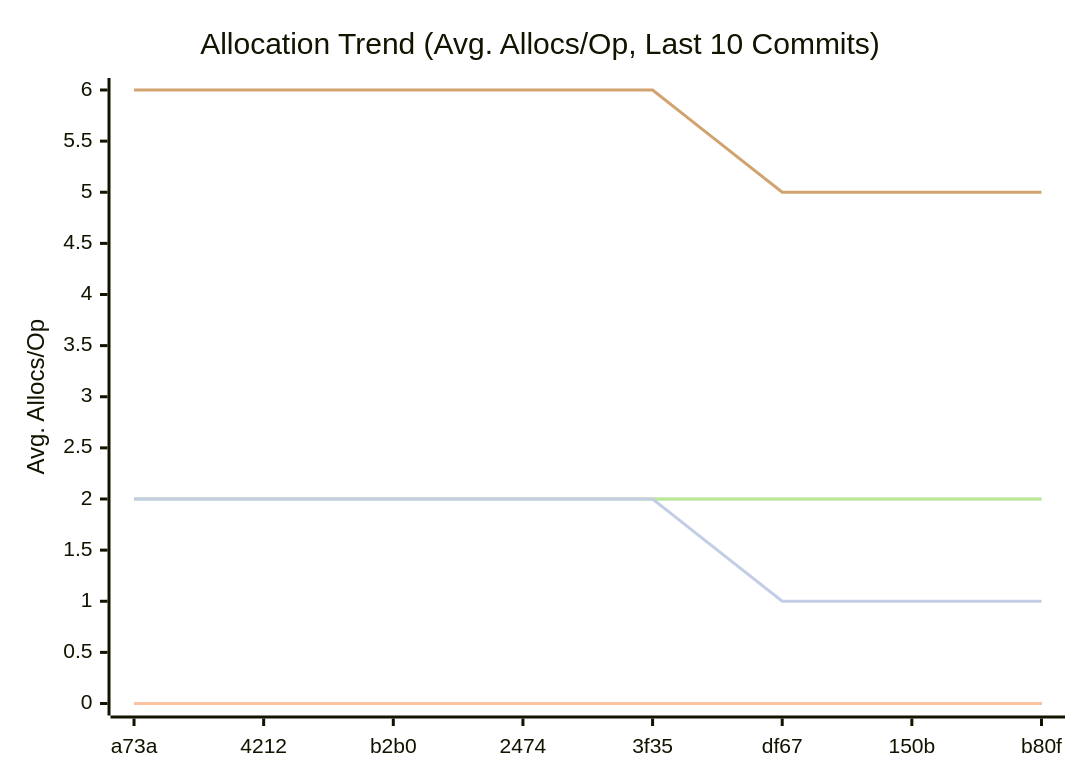
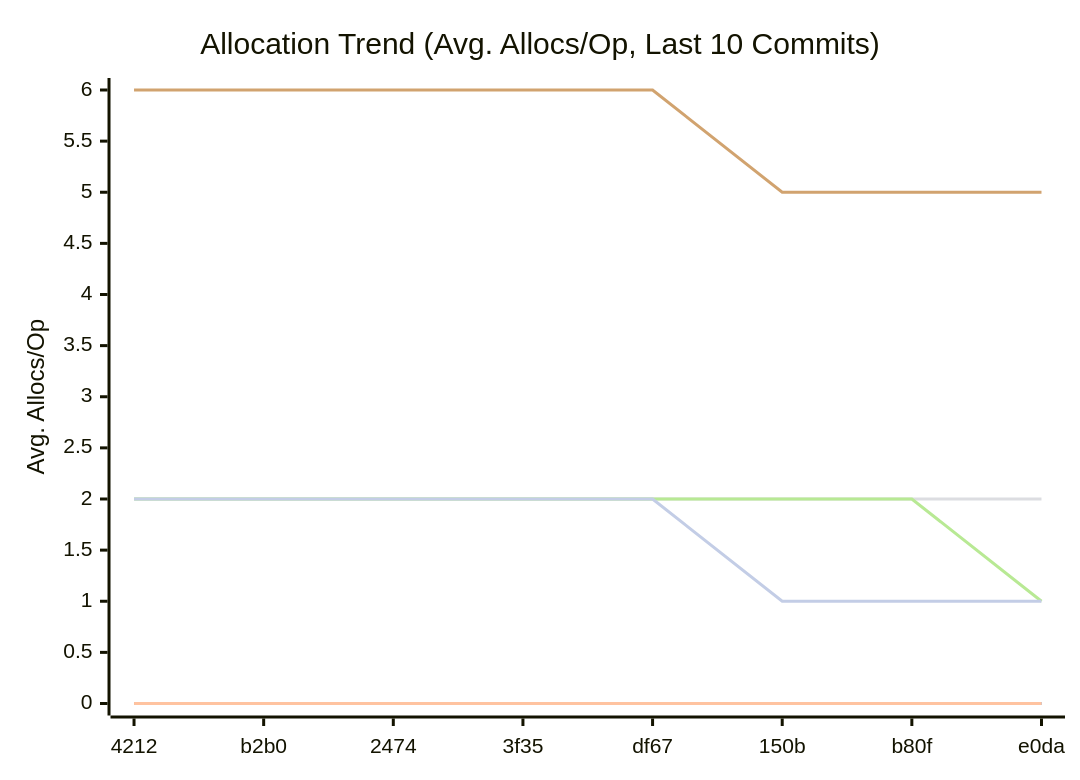
The third of 3 diagrams in docs/README.md (alsotoes/momo), drawn with Mermaid before and after one commit. The commit also changed other lines of this file and 1 other file, not shown here.

````diff
--- a/docs/README.md
+++ b/docs/README.md
@@ -172,14 +172,14 @@
 ```mermaid
 xychart-beta
     title "Allocation Trend (Avg. Allocs/Op, Last 10 Commits)"
     x-axis "Commit"
     y-axis "Avg. Allocs/Op"
-    x-axis [a73a,4212,b2b0,2474,3f35,df67,150b,b80f]
+    x-axis [4212,b2b0,2474,3f35,df67,150b,b80f,e0da]
     line "CheckMetricsAndSwap" [0,0,0,0,0,0,0,0,0,0]
     line "IndexDirectTracking" [0,0,0,0,0,0,0,0,0,0]
     line "IndexSearch" [0,0,0,0,0,0,0,0,0,0]
     line "LoadGlobalConfig" [2,2,2,2,2,2,2,2,2,2]
-    line "PadString" [2,2,2,2,2,2,2,2,1,1]
+    line "PadString" [2,2,2,2,2,2,2,1,1,1]
     line "ParseReplicationOrder_NoPrealloc" [6,6,6,6,6,5,5,5,5,5]
     line "ParseReplicationOrder_Prealloc" [2,2,2,2,2,1,1,1,1,1]
 ```
````
